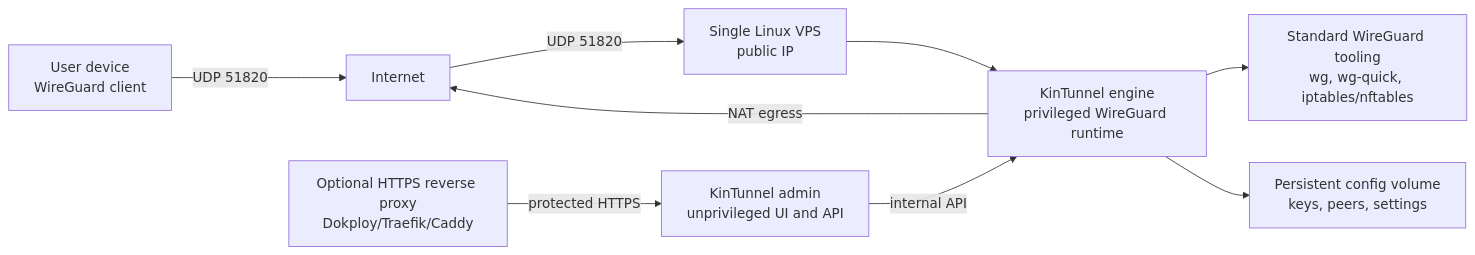
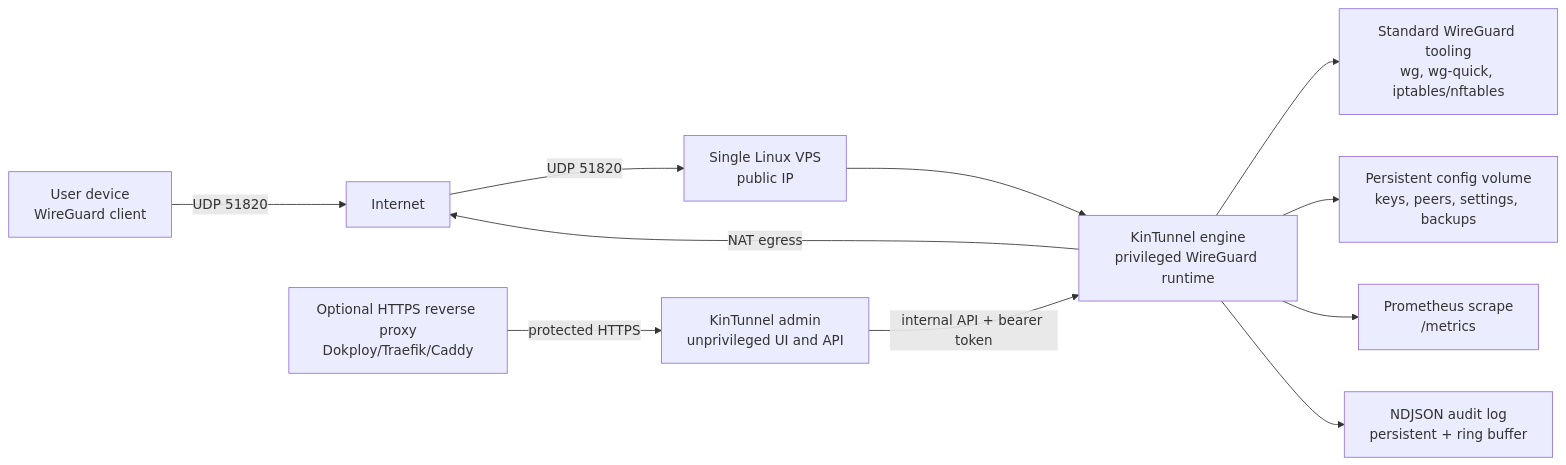
One commit to PascalAI2024/kintunnel changed the diagram in docs/architecture.md. Above: the diagram before and after it, drawn with Mermaid. The commit also changed other lines of this file and 5 other files, not shown here.

````diff
--- a/docs/architecture.md
+++ b/docs/architecture.md
@@ -9,20 +9,24 @@
 ```mermaid
 flowchart LR
   user["User device<br/>WireGuard client"]
   internet["Internet"]
   vps["Single Linux VPS<br/>public IP"]
   engine["KinTunnel engine<br/>privileged WireGuard runtime"]
   admin["KinTunnel admin<br/>unprivileged UI and API"]
   wgtools["Standard WireGuard tooling<br/>wg, wg-quick, iptables/nftables"]
-  config["Persistent config volume<br/>keys, peers, settings"]
+  config["Persistent config volume<br/>keys, peers, settings, backups"]
   proxy["Optional HTTPS reverse proxy<br/>Dokploy/Traefik/Caddy"]
+  metrics["Prometheus scrape<br/>/metrics"]
+  audit["NDJSON audit log<br/>persistent + ring buffer"]
 
   user -->|UDP 51820| internet
   internet -->|UDP 51820| vps
   vps --> engine
   engine --> wgtools
   engine --> config
+  engine --> metrics
+  engine --> audit
   proxy -->|protected HTTPS| admin
-  admin -->|internal API| engine
+  admin -->|internal API + bearer token| engine
   engine -->|NAT egress| internet
 ```
````
